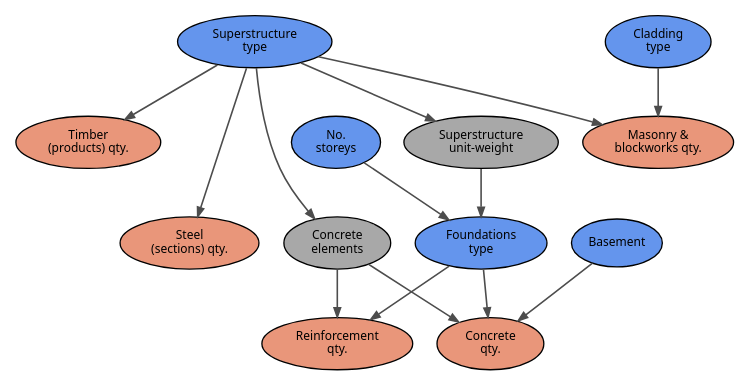
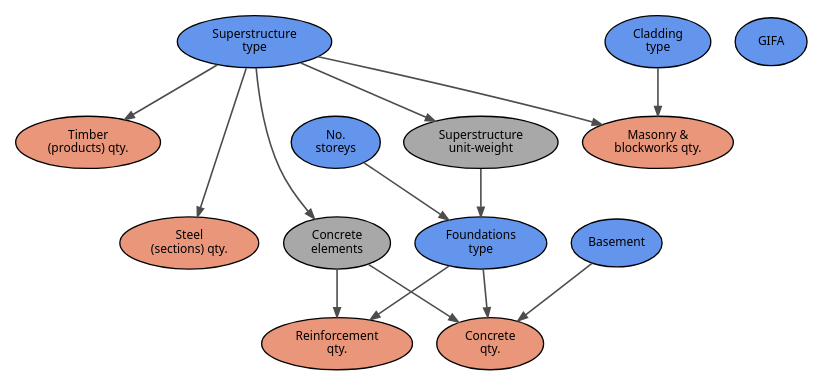
One commit to bernardinodamico/Probabilistic_carbon_building_structures changed the diagram in DAG_Script/DAG.gv. Above: the diagram before and after it, drawn with Graphviz. The commit also changed 6 other files, not shown here.

```diff
--- a/DAG_Script/DAG.gv
+++ b/DAG_Script/DAG.gv
@@ -1,78 +1,80 @@
 digraph G {
 	graph [K=100.6,
 		dim=2,
 		sep=5.2,
 		splines=true
 	];
 	node [concentrate=true,
 		fillcolor=darksalmon,
 		fontname=Sans,
 		fontsize=9,
 		penwidth=1,
 		shape=oval,
 		style=filled
 	];
 	edge [arrowhead=normal,
 		arrowsize=0.7,
 		color=gray30,
 		penwidth=1.2
 	];
 	"Superstructure 
 unit-weight"	[concentrate="",
 		fillcolor=gray66];
 	"Foundations 
 type"	[fillcolor=cornflowerblue,
 		penwidth=1.];
 	"Superstructure 
 unit-weight" -> "Foundations 
 type";
 	"Concrete 
 elements"	[concentrate="",
 		fillcolor=gray66];
 	"Concrete 
 elements" -> "Reinforcement 
 qty.";
 	"Concrete 
 elements" -> "Concrete 
 qty.";
 	"No. 
 storeys"	[fillcolor=cornflowerblue,
 		penwidth=1.];
 	"No. 
 storeys" -> "Foundations 
 type"	[minlen=1];
 	"Cladding 
 type"	[fillcolor=cornflowerblue,
 		penwidth=1.];
 	"Cladding 
 type" -> "Masonry & 
 blockworks qty."	[minlen=1];
 	"Superstructure 
 type"	[fillcolor=cornflowerblue,
 		penwidth=1.];
 	"Superstructure 
 type" -> "Superstructure 
 unit-weight";
 	"Superstructure 
 type" -> "Concrete 
 elements";
 	"Superstructure 
 type" -> "Masonry & 
 blockworks qty.";
 	"Superstructure 
 type" -> "Timber 
 (products) qty."	[minlen=1];
 	"Superstructure 
 type" -> "Steel 
 (sections) qty."	[minlen=2];
 	Basement	[fillcolor=cornflowerblue,
 		penwidth=1.];
 	Basement -> "Concrete 
 qty."	[minlen=1];
 	"Foundations 
 type" -> "Reinforcement 
 qty.";
 	"Foundations 
 type" -> "Concrete 
 qty.";
+	GIFA	[fillcolor=cornflowerblue,
+		penwidth=1.];
 }
```
